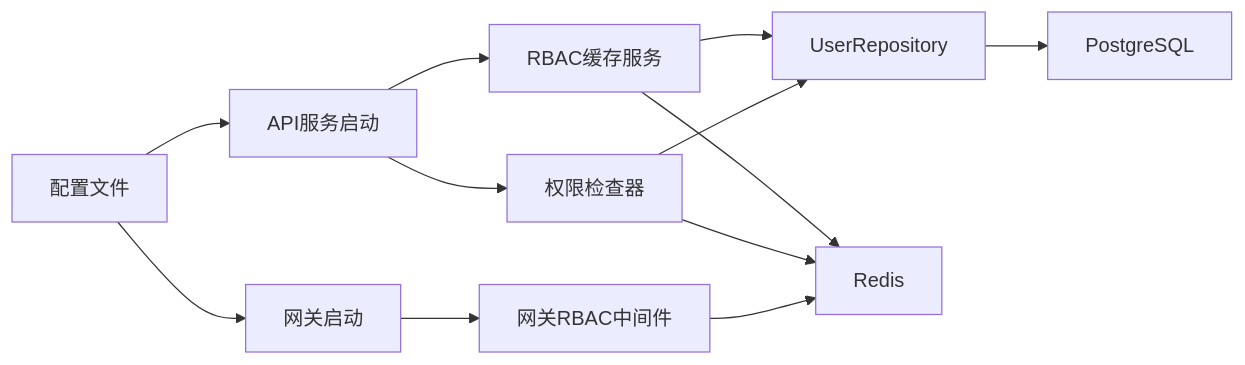
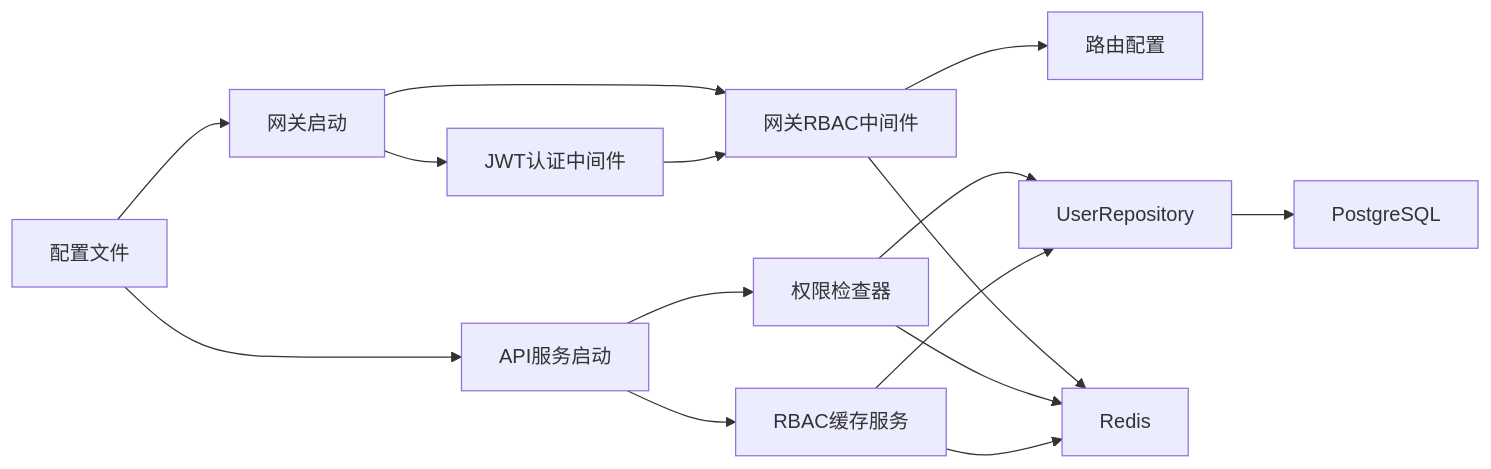
The sixth of 8 diagrams in .qoder/repowiki/zh/content/API网关服务/RBAC权限控制.md (mcmrzy/cs_inv_monitor-develop), drawn with Mermaid before and after one commit. The commit also changed other lines of this file and 88 other files, not shown here.

````diff
--- a/.qoder/repowiki/zh/content/API网关服务/RBAC权限控制.md
+++ b/.qoder/repowiki/zh/content/API网关服务/RBAC权限控制.md
@@ -315,14 +308,17 @@
 ```mermaid
 graph LR
 Config["配置文件"] --> GWMain["网关启动"]
 Config --> APIMain["API服务启动"]
+GWMain --> JWTMW["JWT认证中间件"]
 GWMain --> RBACMW["网关RBAC中间件"]
 APIMain --> PermChecker["权限检查器"]
 APIMain --> RBACCache["RBAC缓存服务"]
+JWTMW --> RBACMW
+RBACMW --> Routes["路由配置"]
 PermChecker --> Repo["UserRepository"]
 RBACCache --> Repo
 Repo --> DB["PostgreSQL"]
 RBACMW --> Redis["Redis"]
 PermChecker --> Redis
 RBACCache --> Redis
 ```
````
